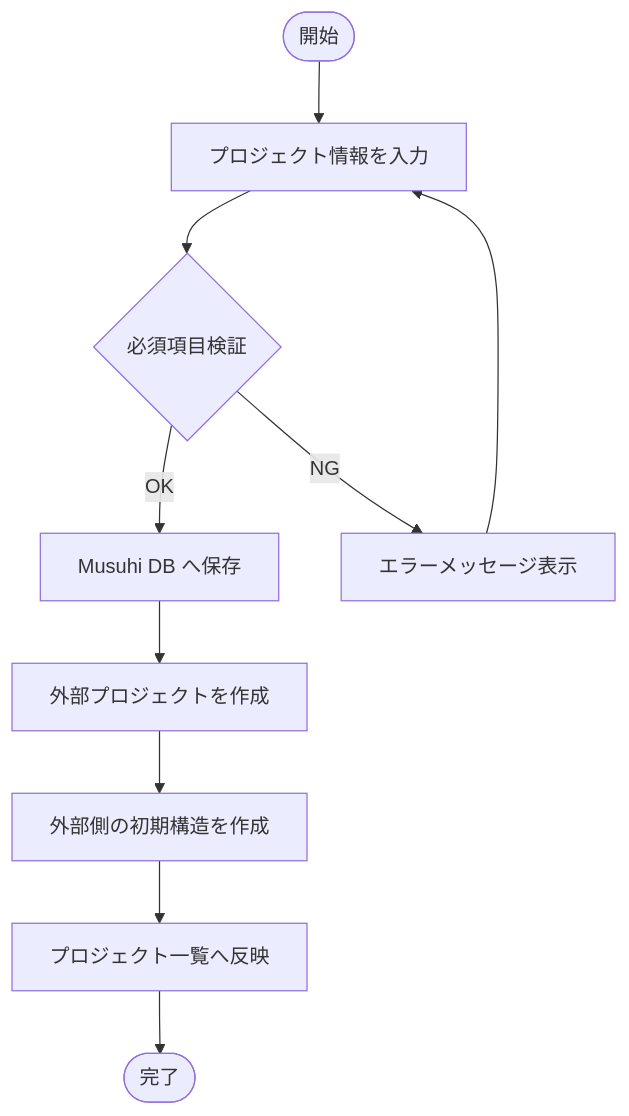
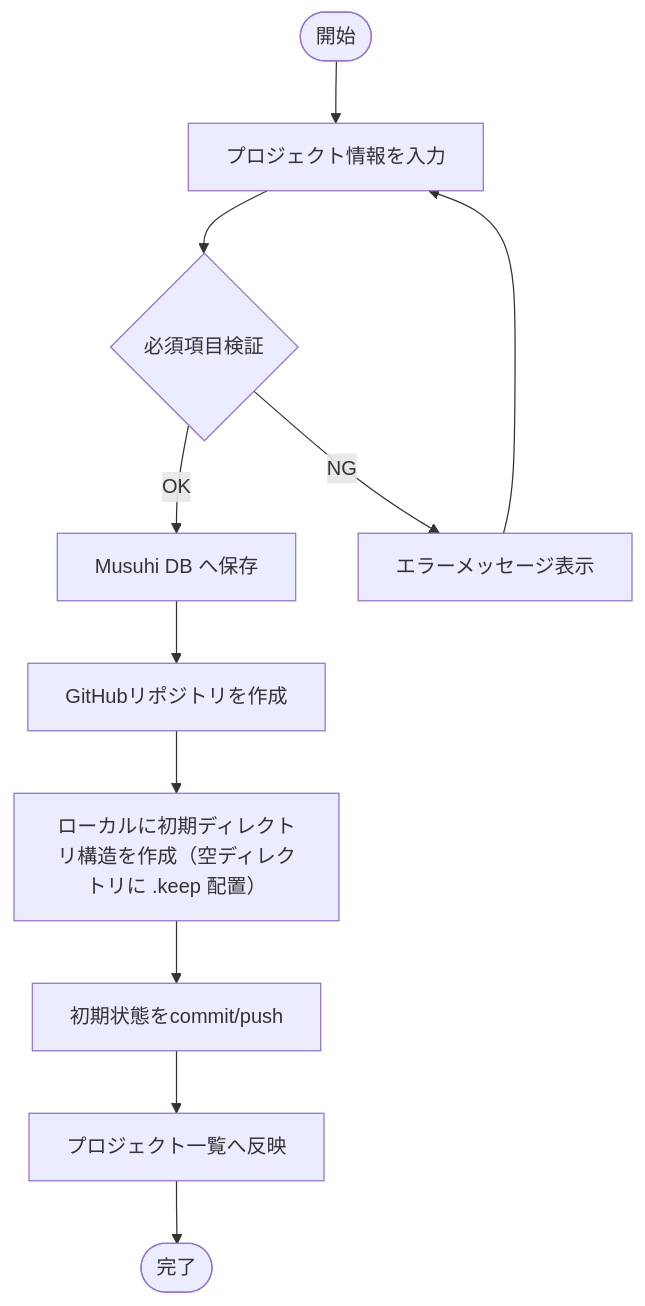
One commit to BossApe/lo-vibe changed the fifth of 8 diagrams in _document/002.要件定義フェーズ/001.要件定義/001-01.機能要件定義書.md. Above: the diagram before and after it, drawn with Mermaid. The commit also changed other lines of this file and 6 other files, not shown here.

````diff
--- a/_document/002.要件定義フェーズ/001.要件定義/001-01.機能要件定義書.md
+++ b/_document/002.要件定義フェーズ/001.要件定義/001-01.機能要件定義書.md
@@ -173,12 +184,13 @@
 ```mermaid
 flowchart TD
     A([開始]) --> B[プロジェクト情報を入力]
     B --> C{必須項目検証}
     C -- OK --> D[Musuhi DB へ保存]
-    D --> E[外部プロジェクトを作成]
-    E --> F[外部側の初期構造を作成]
-    F --> G[プロジェクト一覧へ反映]
-    G --> H([完了])
+    D --> E[GitHubリポジトリを作成]
+    E --> F[ローカルに初期ディレクトリ構造を作成（空ディレクトリに .keep 配置）]
+    F --> G[初期状態をcommit/push]
+    G --> H[プロジェクト一覧へ反映]
+    H --> I([完了])
     C -- NG --> X[エラーメッセージ表示]
     X --> B
 ```
````
